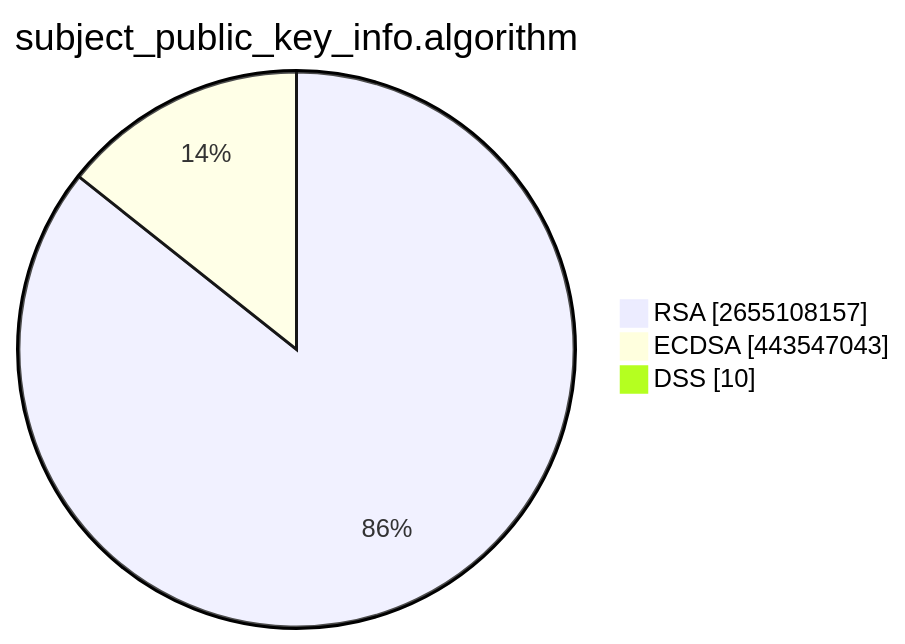
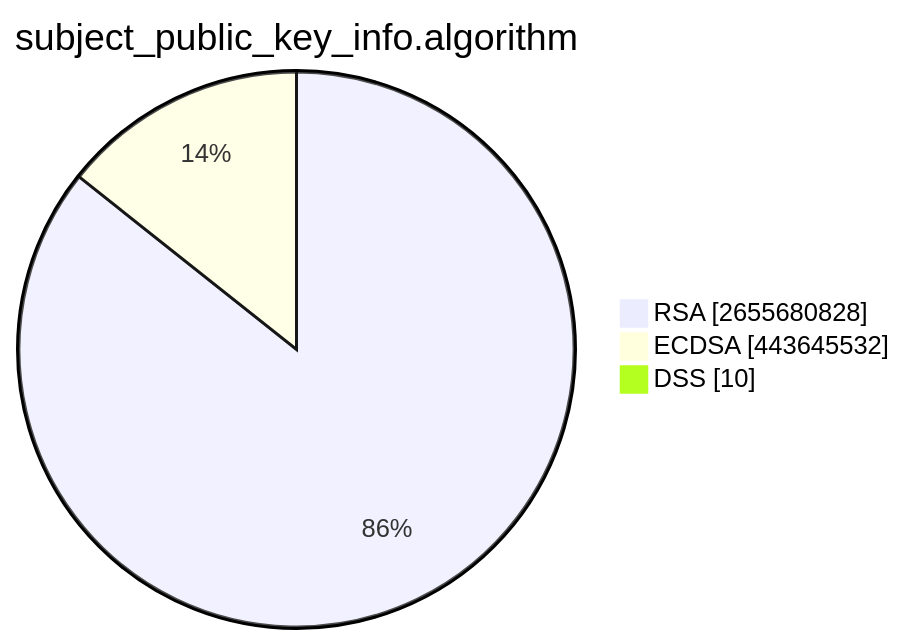
Before and after one commit to christiankrug/ctmonitor_visualization: the second of 15 diagrams in TOTAL/README.md, drawn with Mermaid. The commit also changed other lines of this file, not shown here.

````diff
--- a/TOTAL/README.md
+++ b/TOTAL/README.md
@@ -6,7 +6,7 @@
 ```mermaid
 pie showData
 title subject_public_key_info.algorithm
-"RSA" :2655108157
-"ECDSA" :443547043
+"RSA" :2655680828
+"ECDSA" :443645532
 "DSS" :10
 ```
````
